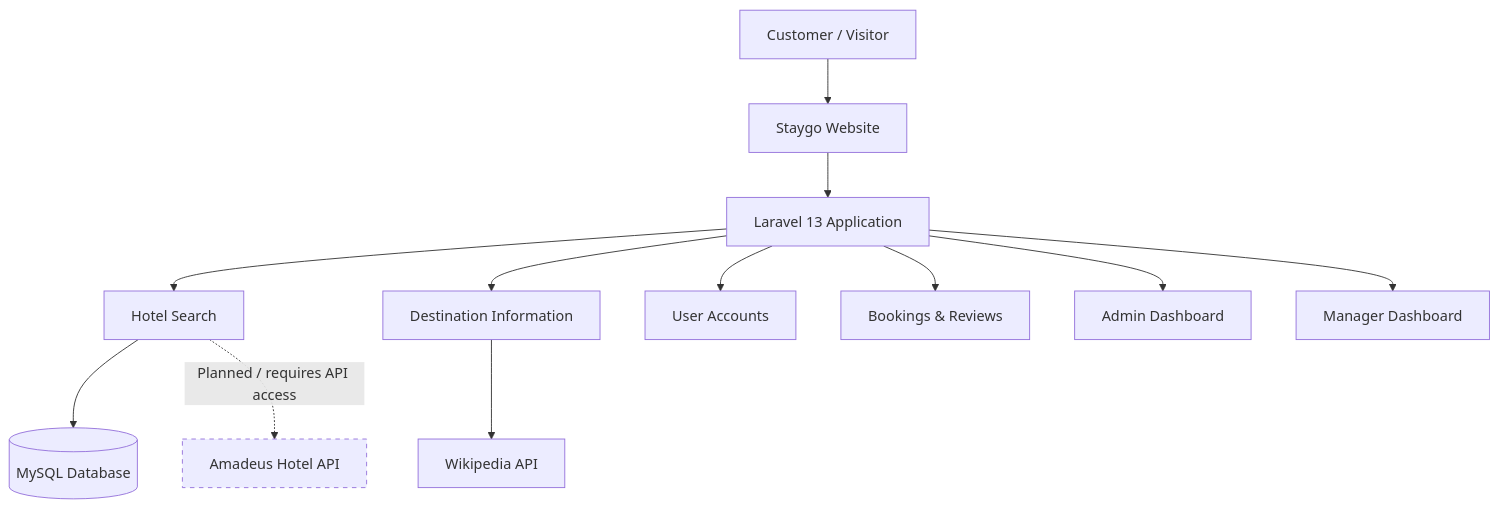
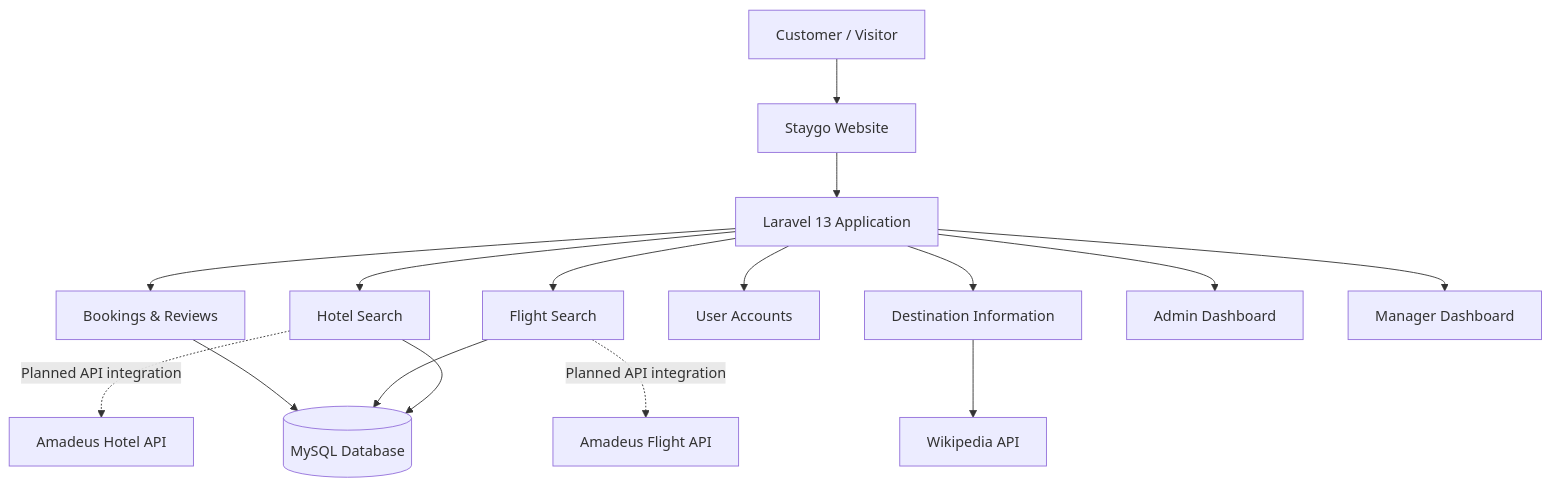
One commit to rafezubair100/staygo changed the diagram in README.md. Above: the diagram before and after it, drawn with Mermaid. The commit also changed other lines of this file, not shown here.

````diff
--- a/README.md
+++ b/README.md
@@ -213,19 +214,23 @@
 ```mermaid
 flowchart TD
     A["Customer / Visitor"] --> B["Staygo Website"]
     B --> C["Laravel 13 Application"]
 
     C --> D["Hotel Search"]
-    C --> E["Destination Information"]
-    C --> F["User Accounts"]
-    C --> G["Bookings & Reviews"]
+    C --> E["Flight Search"]
+    C --> F["Destination Information"]
+    C --> G["User Accounts"]
+    C --> H["Bookings & Reviews"]
 
-    D --> H[("MySQL Database")]
-    E --> I["Wikipedia API"]
-    D -. "Planned / requires API access" .-> J["Amadeus Hotel API"]
+    D --> I[("MySQL Database")]
+    E --> I
+    H --> I
 
-    C --> K["Admin Dashboard"]
-    C --> L["Manager Dashboard"]
+    D -. "Planned API integration" .-> J["Amadeus Hotel API"]
+    E -. "Planned API integration" .-> K["Amadeus Flight API"]
 
-    style J stroke-dasharray: 5 5
+    F --> L["Wikipedia API"]
+
+    C --> M["Admin Dashboard"]
+    C --> N["Manager Dashboard"]
 ```
````
